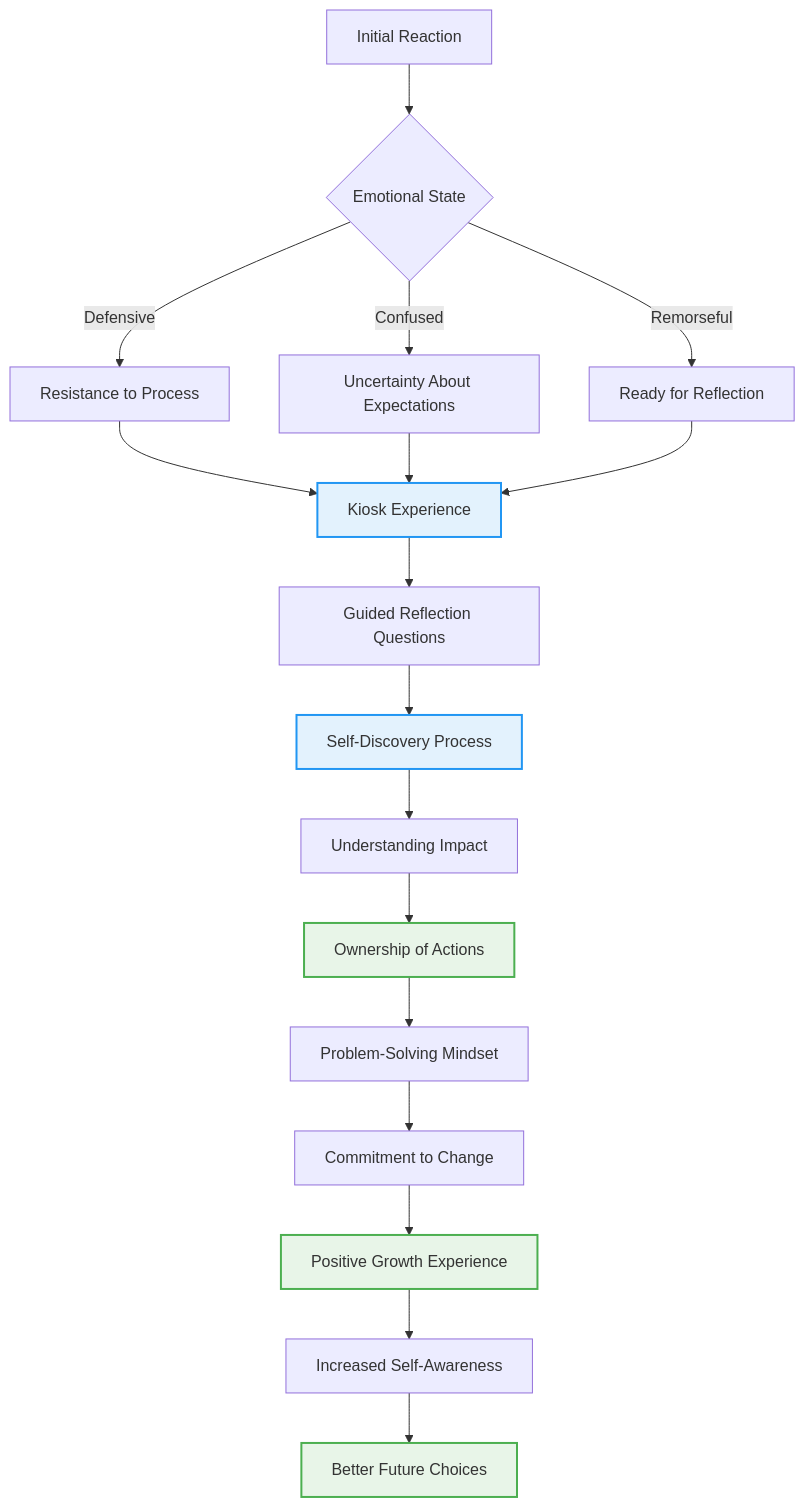
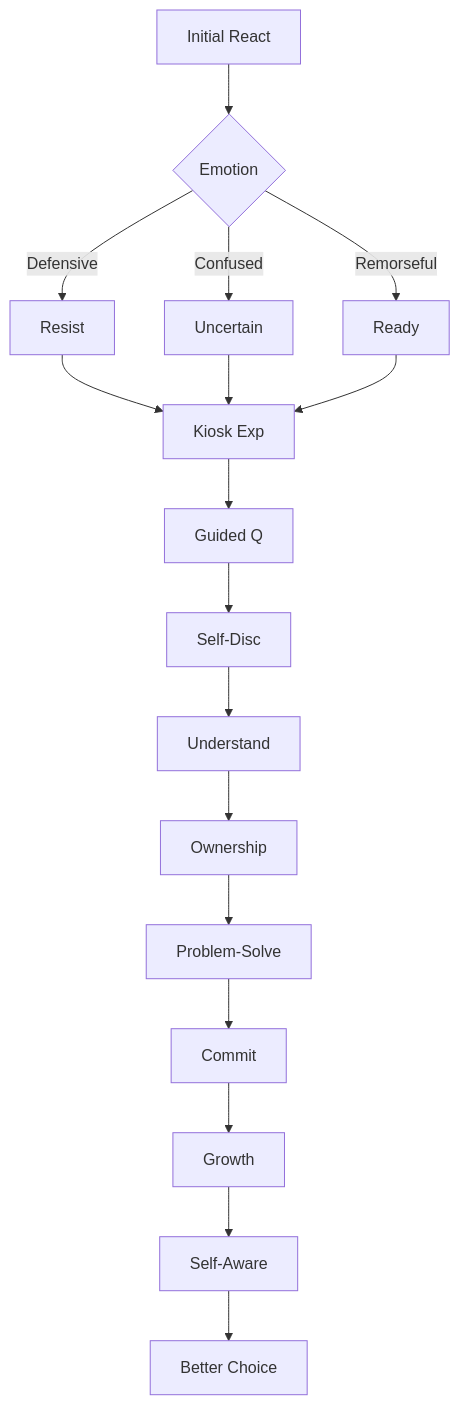
The third of 4 diagrams in docs/flowcharts/User-Journeys/11-complete-student-journey.md (Splurfa/bx-os), drawn with Mermaid before and after one commit. The commit also changed other lines of this file and 6 other files, not shown here.

Commit message:
Fix Mermaid text cutoff with basic syntax

````diff
--- a/docs/flowcharts/User-Journeys/11-complete-student-journey.md
+++ b/docs/flowcharts/User-Journeys/11-complete-student-journey.md
@@ -87,29 +123,23 @@
 ```mermaid
 flowchart TD
-    A[Initial Reaction] --> B{Emotional State}
-    B -->|Defensive| C[Resistance to Process]
-    B -->|Confused| D[Uncertainty About Expectations]
-    B -->|Remorseful| E[Ready for Reflection]
+    A[Initial React] --> B{Emotion}
+    B -->|Defensive| C[Resist]
+    B -->|Confused| D[Uncertain]
+    B -->|Remorseful| E[Ready]
     
-    C --> F[Kiosk Experience]
+    C --> F[Kiosk Exp]
     D --> F
     E --> F
     
-    F --> G[Guided Reflection Questions]
-    G --> H[Self-Discovery Process]
-    H --> I[Understanding Impact]
+    F --> G[Guided Q]
+    G --> H[Self-Disc]
+    H --> I[Understand]
     
-    I --> J[Ownership of Actions]
-    J --> K[Problem-Solving Mindset]
-    K --> L[Commitment to Change]
+    I --> J[Ownership]
+    J --> K[Problem-Solve]
+    K --> L[Commit]
     
-    L --> M[Positive Growth Experience]
-    M --> N[Increased Self-Awareness]
-    N --> O[Better Future Choices]
-    
-    style F fill:#e3f2fd,stroke:#2196f3,stroke-width:2px
-    style H fill:#e3f2fd,stroke:#2196f3,stroke-width:2px
-    style J fill:#e8f5e8,stroke:#4caf50,stroke-width:2px
-    style M fill:#e8f5e8,stroke:#4caf50,stroke-width:2px
-    style O fill:#e8f5e8,stroke:#4caf50,stroke-width:2px
+    L --> M[Growth]
+    M --> N[Self-Aware]
+    N --> O[Better Choice]
 ```
````
